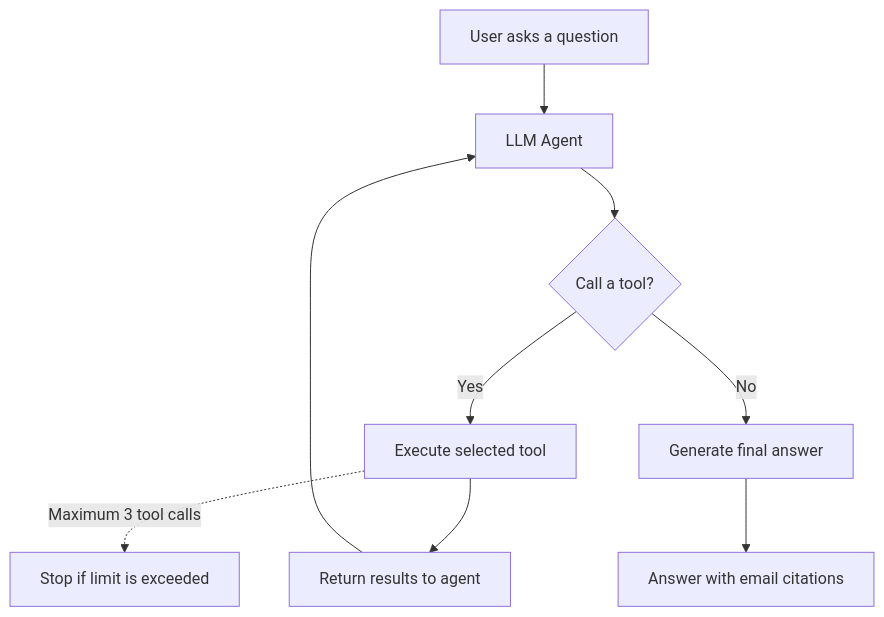
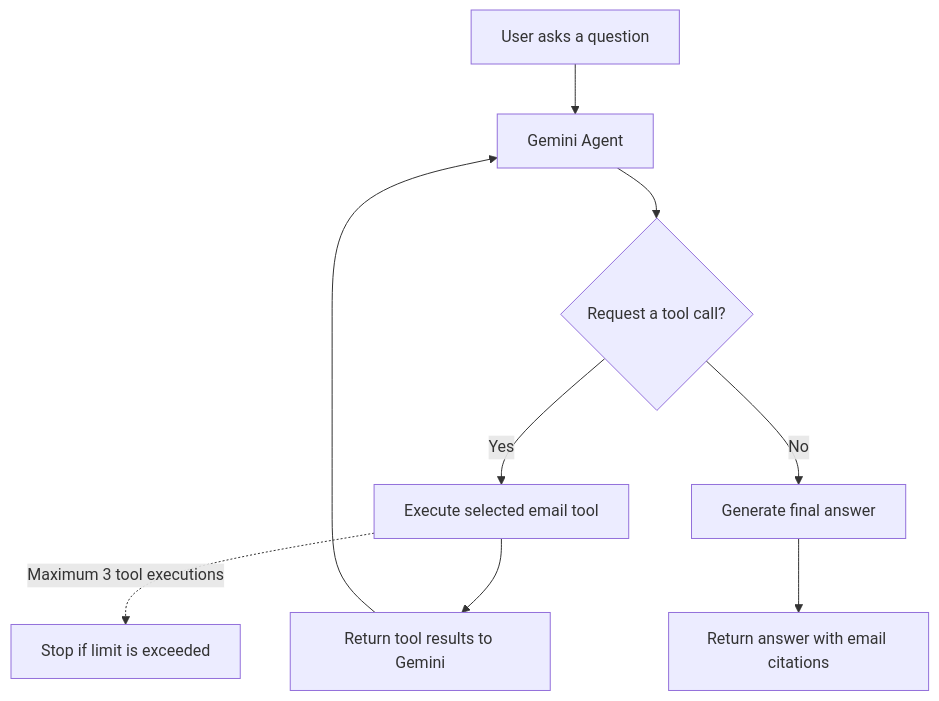
The diagram in README.md (jaheer2322/InboxIntelligence), drawn with Mermaid before and after one commit.

Commit message:
Update flowchart and agent references in README

````diff
--- a/README.md
+++ b/README.md
@@ -11,14 +11,14 @@
 ```mermaid
 flowchart TD
-    A[User asks a question] --> B[LLM Agent]
-    B --> C{Call a tool?}
+    A[User asks a question] --> B[Gemini Agent]
+    B --> C{Request a tool call?}
 
-    C -- Yes --> D[Execute selected tool]
-    D --> E[Return results to agent]
+    C -- Yes --> D[Execute selected email tool]
+    D --> E[Return tool results to Gemini]
     E --> B
 
     C -- No --> F[Generate final answer]
-    F --> G[Answer with email citations]
+    F --> G[Return answer with email citations]
 
-    D -. Maximum 3 tool calls .-> H[Stop if limit is exceeded]
+    D -. Maximum 3 tool executions .-> H[Stop if limit is exceeded]
 ```
````
